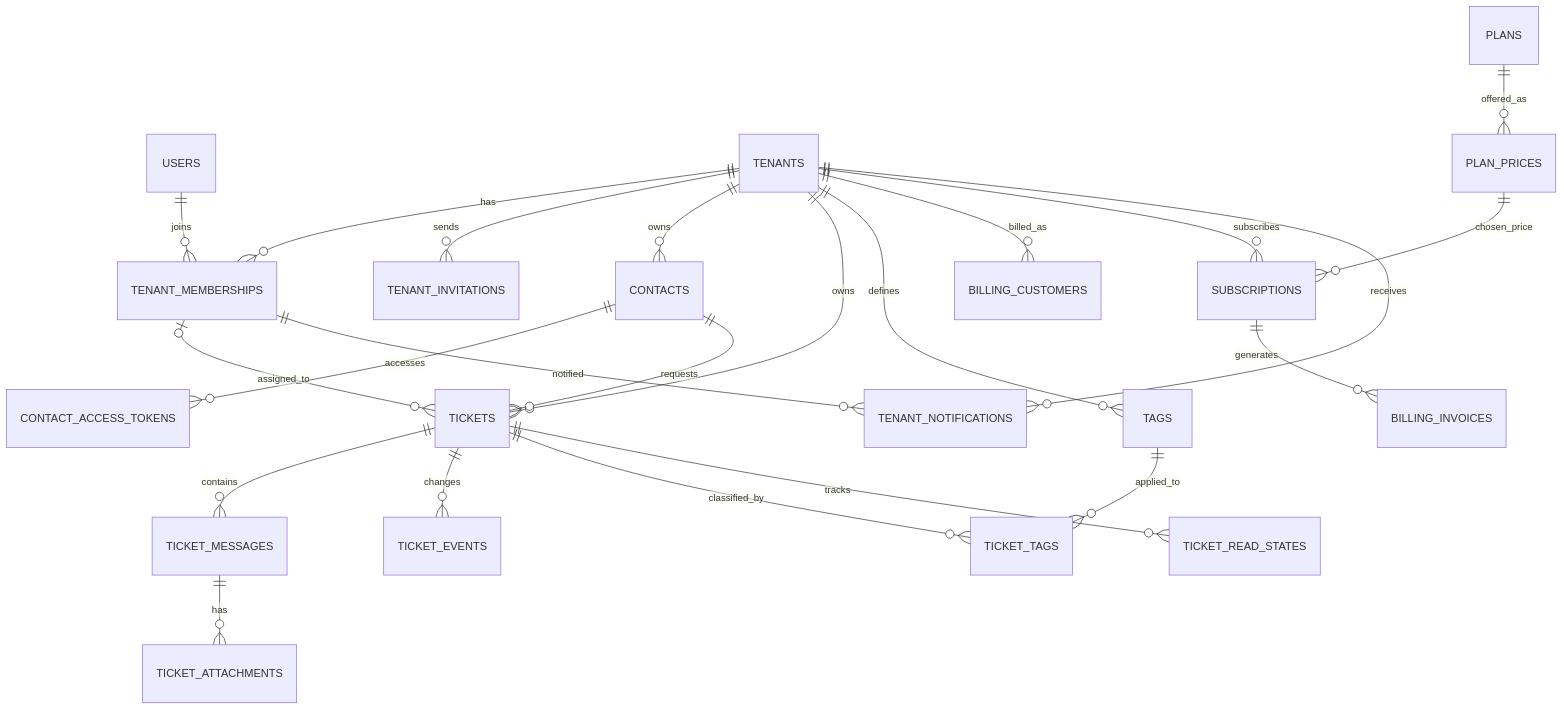
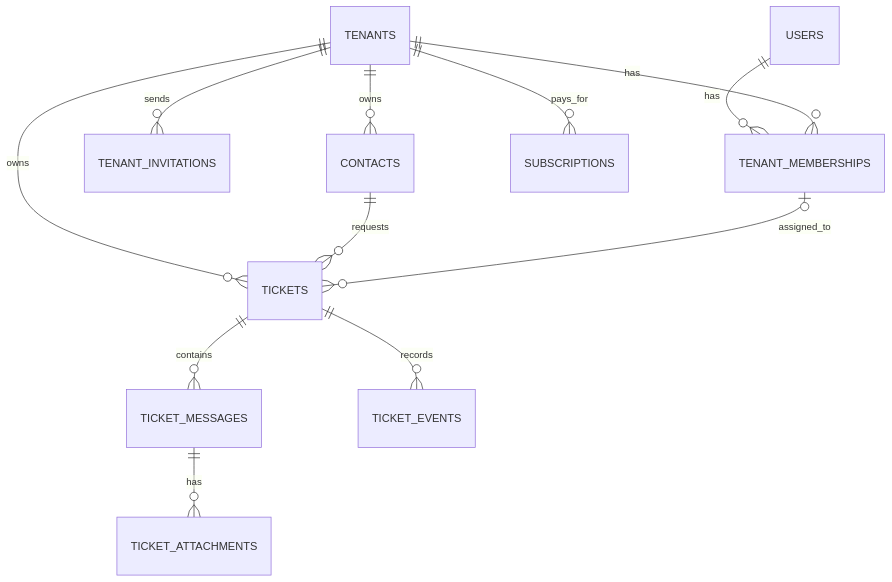
Before and after one commit to fathallah7/multi-tenant-helpdesk-saas: the second of 2 diagrams in docs/database/README.md, drawn with Mermaid. The commit also changed other lines of this file, not shown here.

Commit message:
Document Current Database Architecture

````diff
--- a/docs/database/README.md
+++ b/docs/database/README.md
@@ -72,25 +116,14 @@
 ```mermaid
 erDiagram
-    USERS ||--o{ TENANT_MEMBERSHIPS : joins
+    USERS ||--o{ TENANT_MEMBERSHIPS : has
     TENANTS ||--o{ TENANT_MEMBERSHIPS : has
     TENANTS ||--o{ TENANT_INVITATIONS : sends
     TENANTS ||--o{ CONTACTS : owns
-    CONTACTS ||--o{ CONTACT_ACCESS_TOKENS : accesses
     TENANTS ||--o{ TICKETS : owns
     CONTACTS ||--o{ TICKETS : requests
     TENANT_MEMBERSHIPS |o--o{ TICKETS : assigned_to
     TICKETS ||--o{ TICKET_MESSAGES : contains
-    TICKETS ||--o{ TICKET_EVENTS : changes
+    TICKETS ||--o{ TICKET_EVENTS : records
     TICKET_MESSAGES ||--o{ TICKET_ATTACHMENTS : has
-    TENANTS ||--o{ TAGS : defines
-    TICKETS ||--o{ TICKET_TAGS : classified_by
-    TAGS ||--o{ TICKET_TAGS : applied_to
-    TICKETS ||--o{ TICKET_READ_STATES : tracks
-    PLANS ||--o{ PLAN_PRICES : offered_as
-    TENANTS ||--o{ BILLING_CUSTOMERS : billed_as
-    TENANTS ||--o{ SUBSCRIPTIONS : subscribes
-    PLAN_PRICES ||--o{ SUBSCRIPTIONS : chosen_price
-    SUBSCRIPTIONS ||--o{ BILLING_INVOICES : generates
-    TENANTS ||--o{ TENANT_NOTIFICATIONS : receives
-    TENANT_MEMBERSHIPS ||--o{ TENANT_NOTIFICATIONS : notified
+    TENANTS ||--o{ SUBSCRIPTIONS : pays_for
 ```
````
